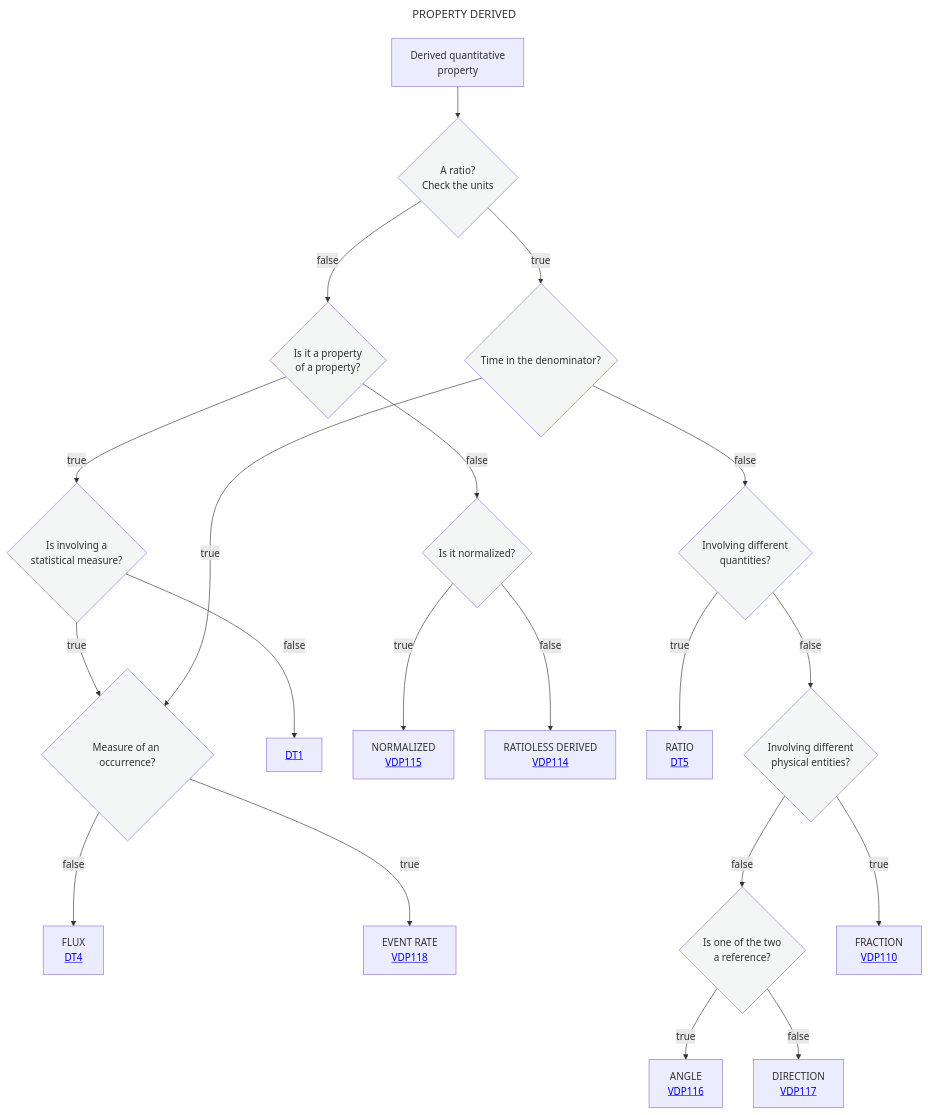
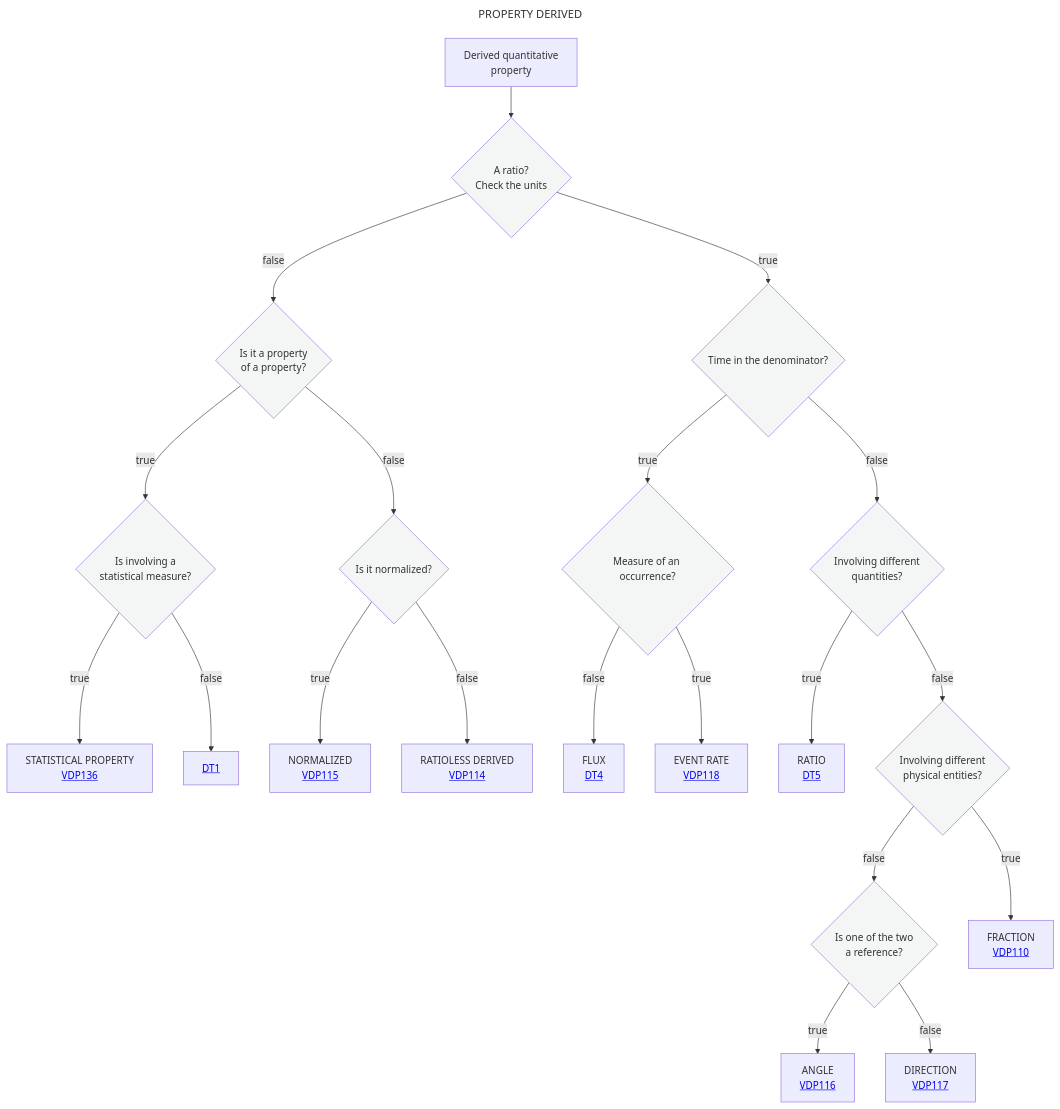
One commit to mabablue/I-ADOPT-patterns-playground changed the diagram in Decisition_trees/DT3.mmd. Above: the diagram before and after it, drawn with Mermaid.

```diff
--- a/Decisition_trees/DT3.mmd
+++ b/Decisition_trees/DT3.mmd
@@ -1,27 +1,27 @@
 ---
 title: PROPERTY DERIVED
 ---
 flowchart TD
     A[Derived quantitative <br> property] --> B{A ratio?<br>Check the units}:::white
     B --> |true|N{Time in the denominator?}:::white
     B --> |false|C{Is it a property <br> of a property?}:::white
     C --> |true|D{Is involving a <br> statistical measure?}:::white
-    D --> |true|E[STATISTICAL PROPERTY <br> <a href='https://github.com/mabablue/I-ADOPT-patterns-playground/blob/main/pattern/VDP136.yaml'>VDP136</a>]
+    D --> |true|G[STATISTICAL PROPERTY <br> <a href='https://github.com/mabablue/I-ADOPT-patterns-playground/blob/main/pattern/VDP136.yaml'>VDP136</a>]
     D --> |false|F[<a href='https://github.com/mabablue/I-ADOPT-patterns-playground/blob/main/Decisition_trees/DT2.mmd'>DT1</a>]
     C --> |false|I{Is it normalized?}:::white
     I --> |true|T[NORMALIZED <br> <a href='https://github.com/mabablue/I-ADOPT-patterns-playground/blob/main/pattern/VDP115.yaml'>VDP115</a>]
     I --> |false|U[RATIOLESS DERIVED <br> <a href='https://github.com/mabablue/I-ADOPT-patterns-playground/blob/main/pattern/VDP114.yaml'>VDP114</a>]
     N --> |true|E{Measure of an occurrence?}:::white
     E --> |false|K[FLUX <br> <a href='https://github.com/mabablue/I-ADOPT-patterns-playground/blob/main/Decisition_trees/DT4.mmd'> DT4</a>]
     E --> |true|J[EVENT RATE <br> <a href='https://github.com/mabablue/I-ADOPT-patterns-playground/blob/main/pattern/VDP118.yaml'>VDP118</a>]
     N --> |false|O{Involving different <br> quantities?}:::white
     O --> |true|P[RATIO <br> <a href='https://github.com/mabablue/I-ADOPT-patterns-playground/blob/main/Decisition_trees/DT5.mmd'> DT5</a>]
     O --> |false|Q{Involving different <br> physical entities?}:::white
     Q --> |false|R{Is one of the two <br> a reference?}:::white
     R --> |true|L[ANGLE <br> <a href='https://github.com/mabablue/I-ADOPT-patterns-playground/blob/main/pattern/VDP116.yaml'>VDP116</a>]
     R --> |false|M[DIRECTION <br> <a href='https://github.com/mabablue/I-ADOPT-patterns-playground/blob/main/pattern/VDP117.yaml'>VDP117</a>]
     Q --> |true|S[FRACTION <br> <a href='https://github.com/mabablue/I-ADOPT-patterns-playground/blob/main/pattern/VDP110.yaml'>VDP110</a>]
    classDef blue fill:#90D5FF
    classDef satblue fill:#57B9FF 
    classDef white fill:#f3f6f4
    classDef green fill:#6aa84f
```
